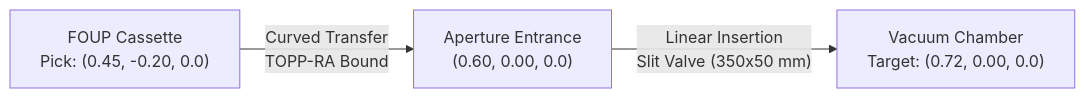
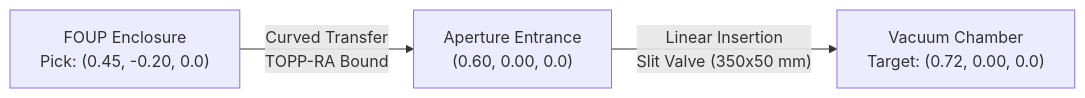
The first of 2 diagrams in PRESENTATION_NOTES.md (chengseong/cs5478_wafer_handling_optimization), drawn with Mermaid before and after one commit. The commit also changed other lines of this file and 36 other files, not shown here.

````diff
--- a/PRESENTATION_NOTES.md
+++ b/PRESENTATION_NOTES.md
@@ -35,5 +38,5 @@
 ```mermaid
 flowchart LR
-    A["FOUP Cassette<br/>Pick: (0.45, -0.20, 0.0)"] -->|"Curved Transfer<br/>TOPP-RA Bound"| B["Aperture Entrance<br/>(0.60, 0.00, 0.0)"]
+    A["FOUP Enclosure<br/>Pick: (0.45, -0.20, 0.0)"] -->|"Curved Transfer<br/>TOPP-RA Bound"| B["Aperture Entrance<br/>(0.60, 0.00, 0.0)"]
     B -->|"Linear Insertion<br/>Slit Valve (350x50 mm)"| C["Vacuum Chamber<br/>Target: (0.72, 0.00, 0.0)"]
 ```
````
